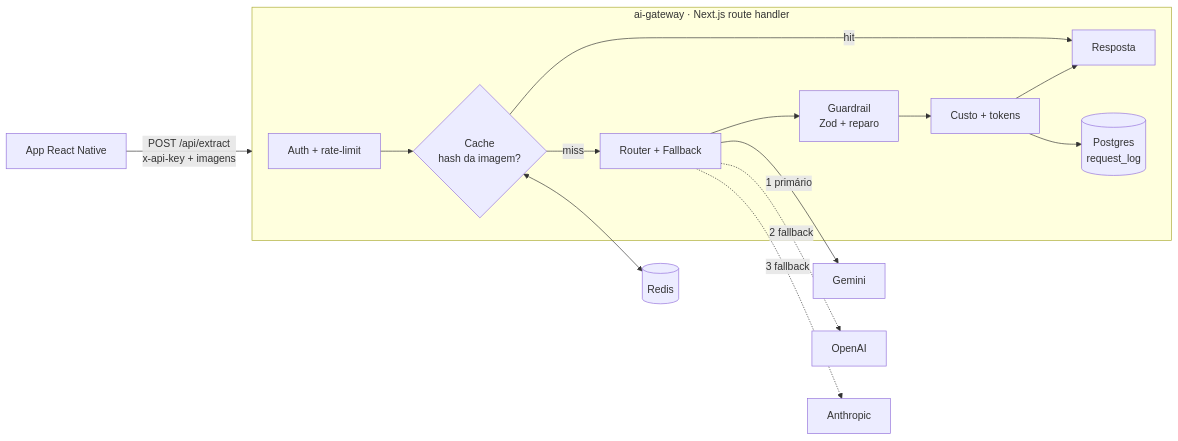
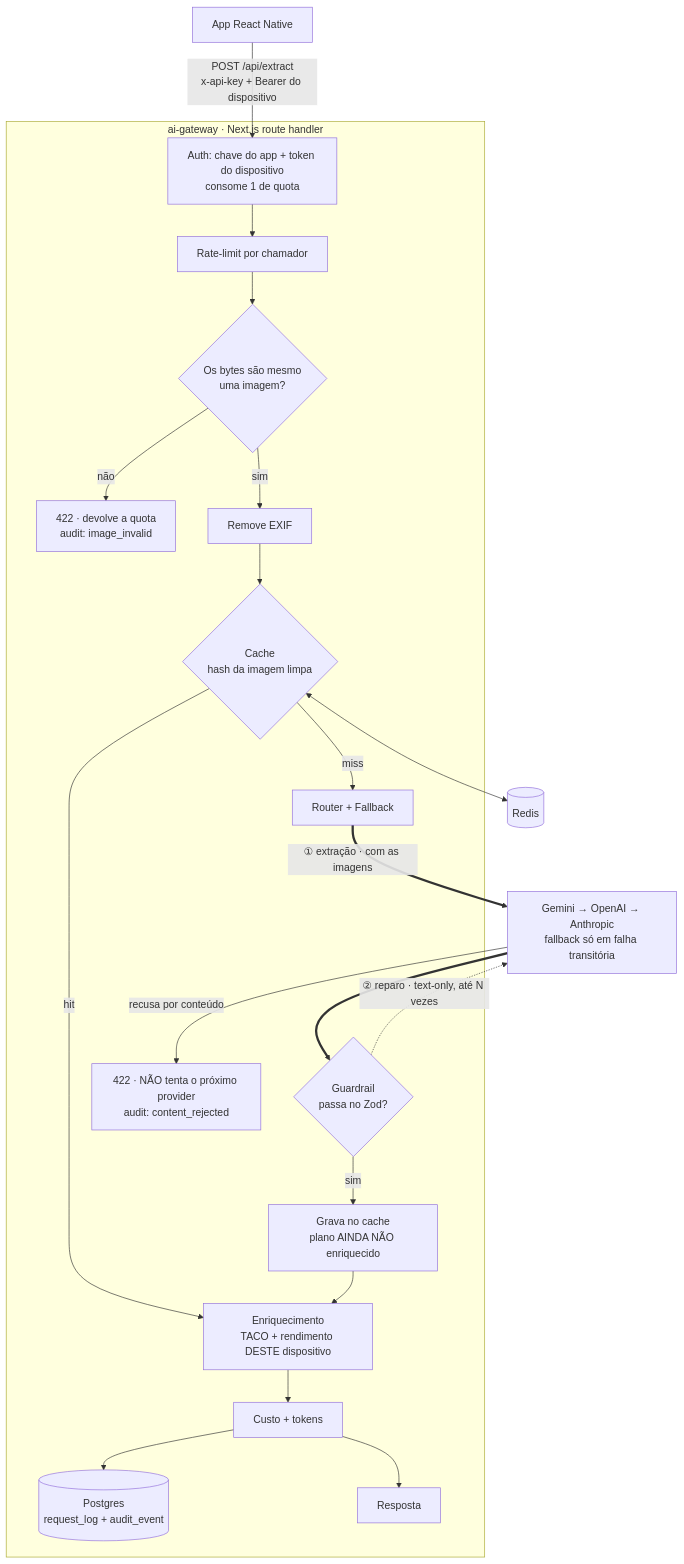
Before and after one commit to d0gster/dailynutry-v2: the diagram in README.md, drawn with Mermaid. The commit also changed other lines of this file, not shown here.

First line of the commit message:
docs: corrige o diagrama de arquitetura e o que o README afirmava errado

````diff
--- a/README.md
+++ b/README.md
@@ -34,19 +34,28 @@
 ```mermaid
-flowchart LR
-  App[App React Native] -->|POST /api/extract<br/>x-api-key + imagens| GW
+flowchart TD
+  App[App React Native] -->|"POST /api/extract<br/>x-api-key + Bearer do dispositivo"| Auth
 
   subgraph GW[ai-gateway · Next.js route handler]
-    Auth[Auth + rate-limit] --> Cache{Cache<br/>hash da imagem?}
-    Cache -->|hit| Done[Resposta]
+    Auth["Auth: chave do app + token do dispositivo<br/>consome 1 de quota"] --> RL[Rate-limit por chamador]
+    RL --> Valid{"Os bytes são mesmo<br/>uma imagem?"}
+    Valid -->|não| Refuse["422 · devolve a quota<br/>audit: image_invalid"]
+    Valid -->|sim| Strip[Remove EXIF]
+    Strip --> Cache{"Cache<br/>hash da imagem limpa"}
     Cache -->|miss| Router[Router + Fallback]
-    Router --> Guard[Guardrail<br/>Zod + reparo]
-    Guard --> Cost[Custo + tokens]
-    Cost --> Log[(Postgres<br/>request_log)]
-    Cost --> Done
+    Cache -->|hit| Enrich
+
+    Guard{"Guardrail<br/>passa no Zod?"} -->|sim| SetCache["Grava no cache<br/>plano AINDA NÃO enriquecido"]
+    Rejected["422 · NÃO tenta o próximo provider<br/>audit: content_rejected"]
+    SetCache --> Enrich["Enriquecimento<br/>TACO + rendimento DESTE dispositivo"]
+    Enrich --> Cost[Custo + tokens]
+    Cost --> Log[("Postgres<br/>request_log + audit_event")]
+    Cost --> Done[Resposta]
   end
 
-  Router -->|1 primário| Gemini[Gemini]
-  Router -.->|2 fallback| OpenAI[OpenAI]
-  Router -.->|3 fallback| Anthropic[Anthropic]
-  Cache <--> Redis[(Redis)]
+  Router ==>|"① extração · com as imagens"| LLM
+  LLM["Gemini → OpenAI → Anthropic<br/>fallback só em falha transitória"] ==> Guard
+  Guard -.->|"② reparo · text-only, até N vezes"| LLM
+  LLM -->|"recusa por conteúdo"| Rejected
+
+  Cache <--> Redis[("Redis")]
 ```
````
